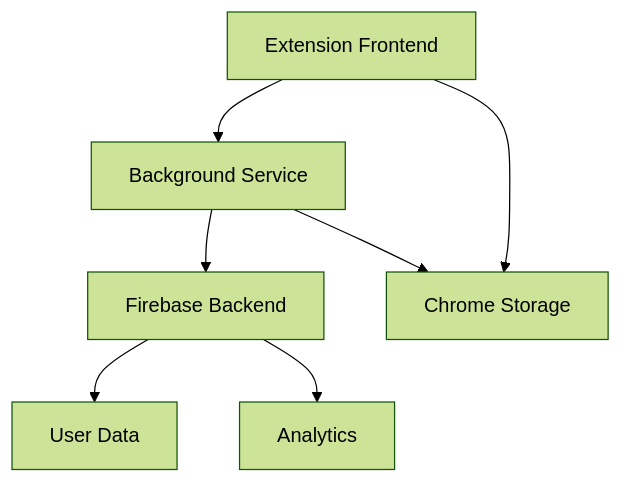
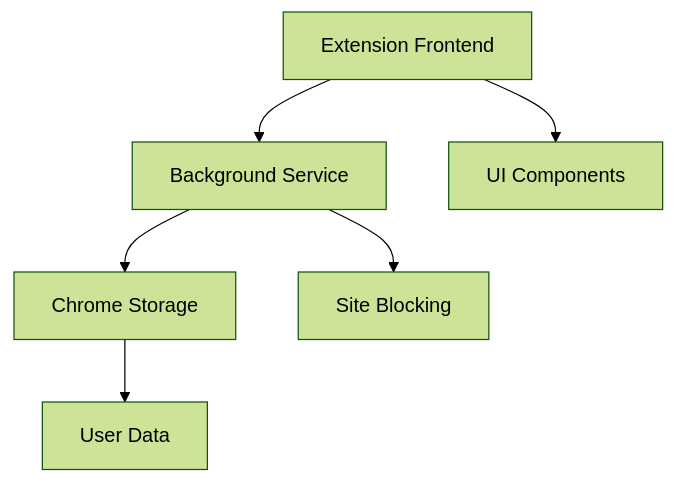
Before and after one commit to nabz0r/focus-flow-extension: the diagram in README.md, drawn with Mermaid (forest theme). The commit also changed other lines of this file, not shown here.

Commit message:
update: simplify roadmap and prioritize core features

````diff
--- a/README.md
+++ b/README.md
@@ -7,9 +7,8 @@
 ```mermaid
 graph TD
     A[Extension Frontend] --> B[Background Service]
-    B --> C[Firebase Backend]
-    A --> D[Chrome Storage]
-    B --> D
-    C --> E[User Data]
-    C --> F[Analytics]
+    B --> D[Chrome Storage]
+    D --> E[User Data]
+    B --> F[Site Blocking]
+    A --> G[UI Components]
 ```
````
